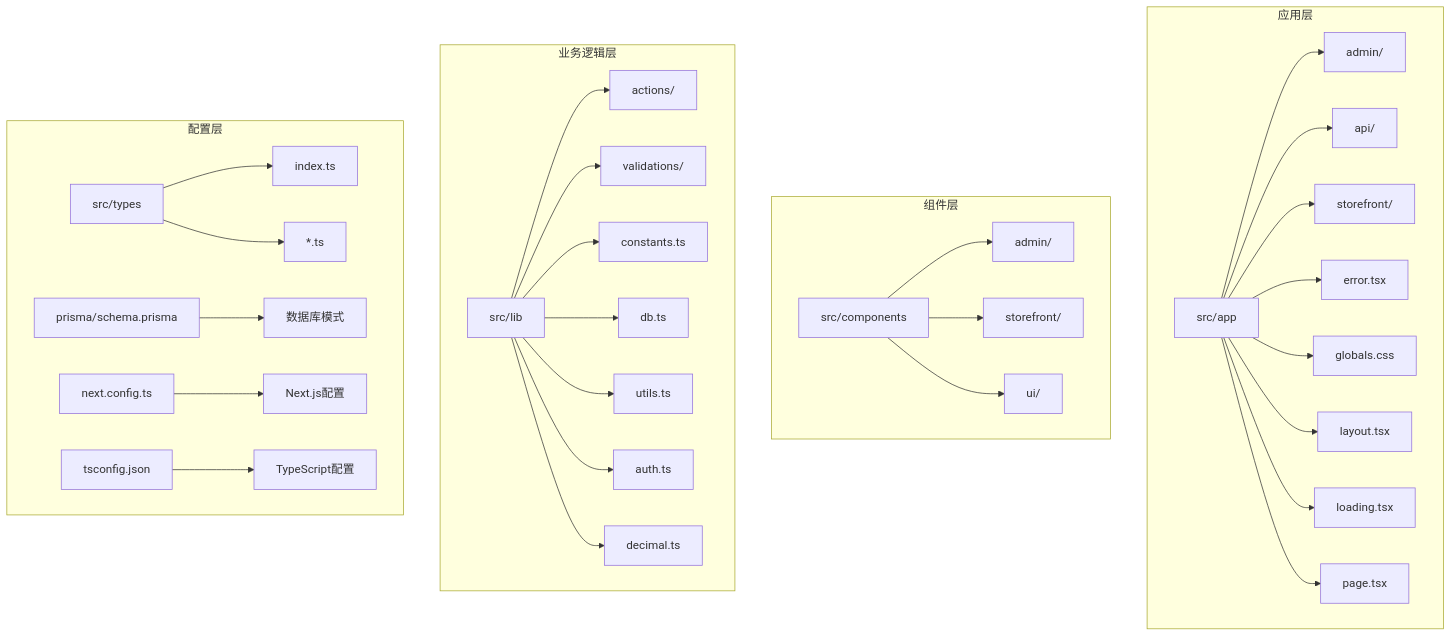
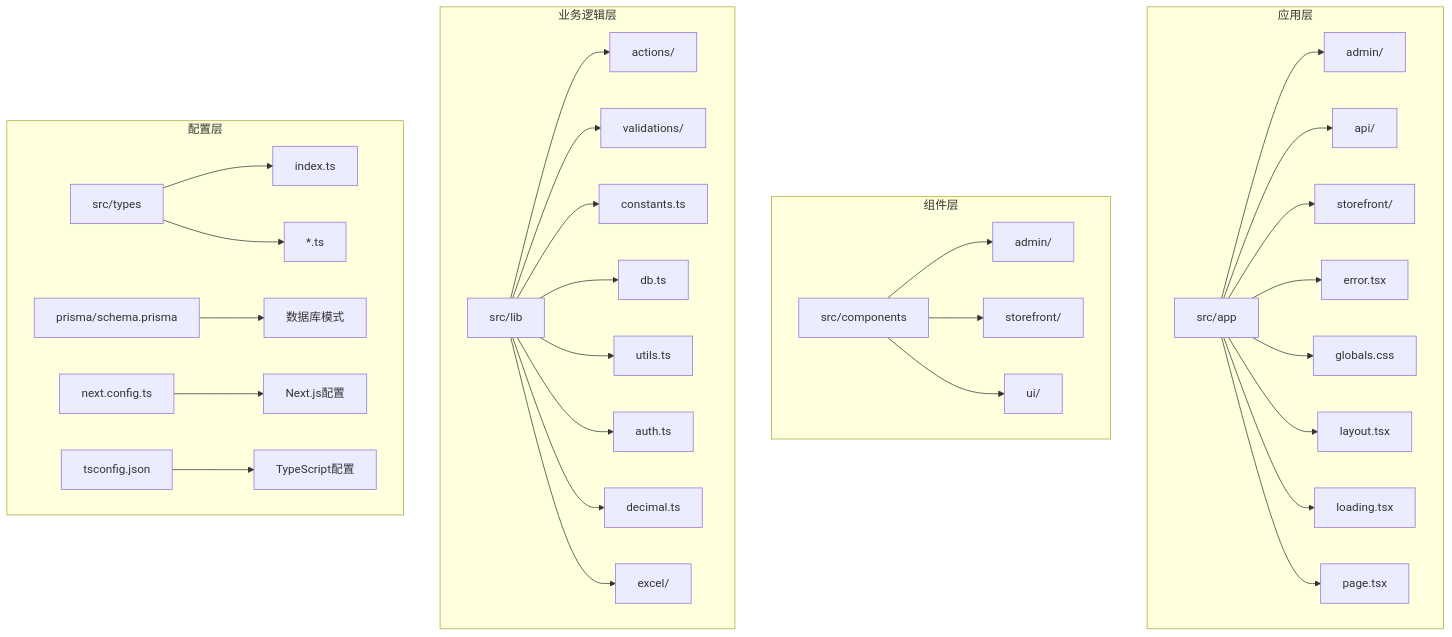
One commit to three3638-arch/celestia_2b changed the first of 11 diagrams in .qoder/repowiki/zh/content/管理后台系统/管理后台系统.md. Above: the diagram before and after it, drawn with Mermaid. The commit also changed other lines of this file and 14 other files, not shown here.

````diff
--- a/.qoder/repowiki/zh/content/管理后台系统/管理后台系统.md
+++ b/.qoder/repowiki/zh/content/管理后台系统/管理后台系统.md
@@ -52,34 +58,35 @@
 ```mermaid
 graph TB
 subgraph "应用层"
 A[src/app] --> A1[admin/]
 A --> A2[api/]
 A --> A3[storefront/]
 A --> A4[error.tsx]
 A --> A5[globals.css]
 A --> A6[layout.tsx]
 A --> A7[loading.tsx]
 A --> A8[page.tsx]
 end
 subgraph "组件层"
 B[src/components] --> B1[admin/]
 B --> B2[storefront/]
 B --> B3[ui/]
 end
 subgraph "业务逻辑层"
 C[src/lib] --> C1[actions/]
 C --> C2[validations/]
 C --> C3[constants.ts]
 C --> C4[db.ts]
 C --> C5[utils.ts]
 C --> C6[auth.ts]
 C --> C7[decimal.ts]
+C --> C8[excel/]
 end
 subgraph "配置层"
 D[src/types] --> D1[index.ts]
 D --> D2[*.ts]
 E[prisma/schema.prisma] --> E1[数据库模式]
 F[next.config.ts] --> F1[Next.js配置]
 G[tsconfig.json] --> G1[TypeScript配置]
 end
 ```
````
